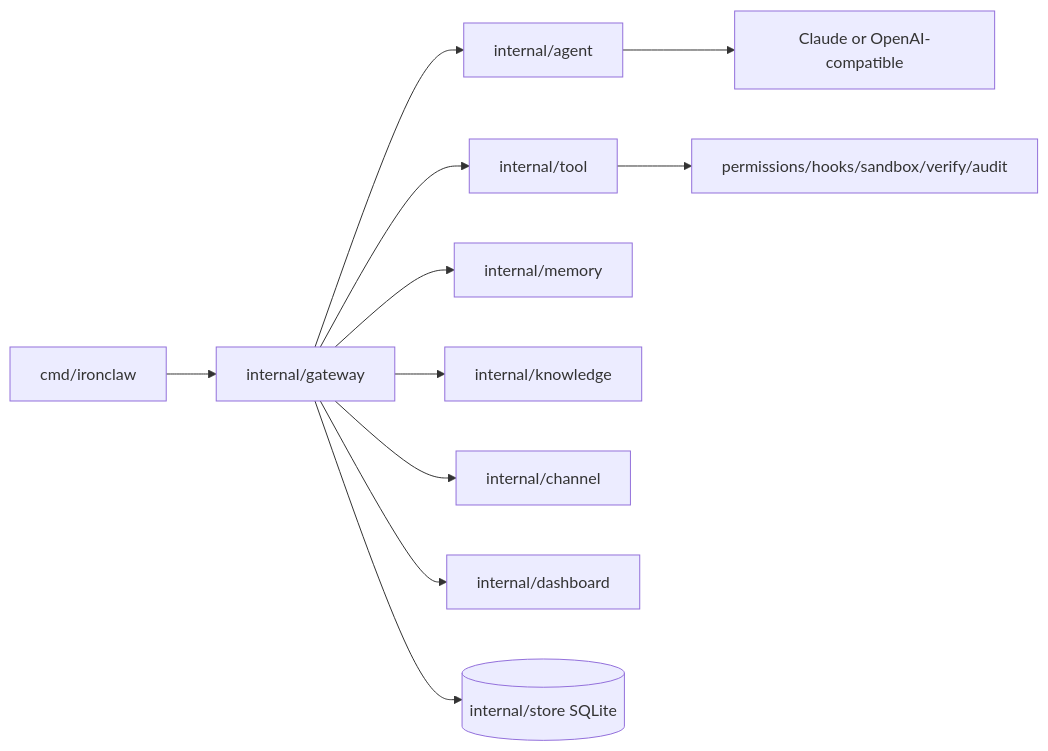
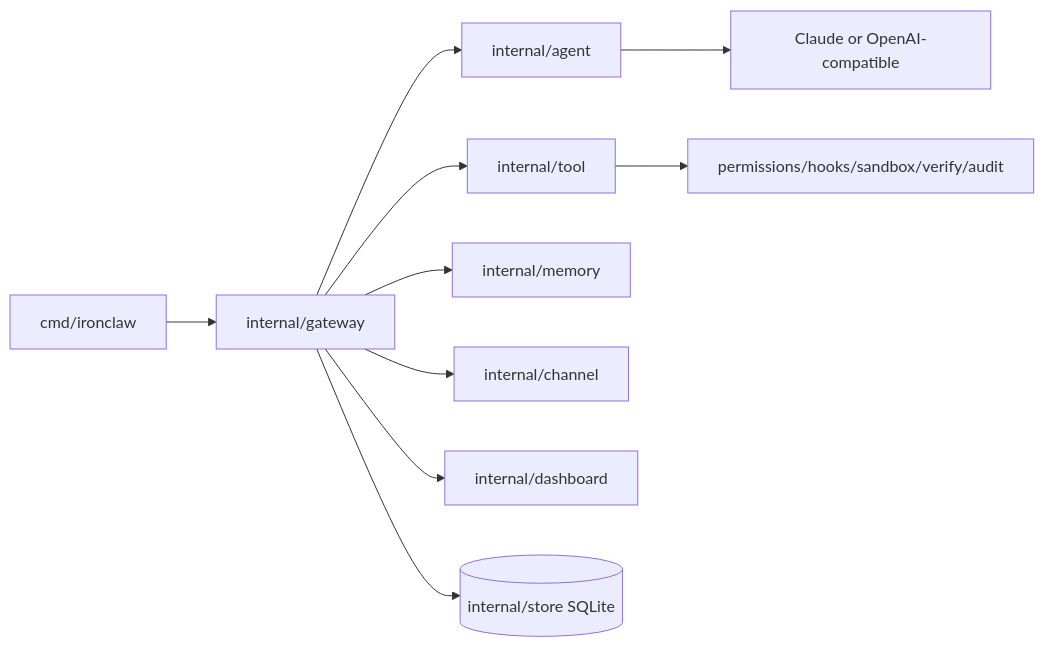
Before and after one commit to Forest-Isle/daimon: the diagram in docs/README.md, drawn with Mermaid. The commit also changed other lines of this file and 72 other files, not shown here.

First line of the commit message:
refactor: remove Knowledge Base and Knowledge Graph subsystems

````diff
--- a/docs/README.md
+++ b/docs/README.md
@@ -32,13 +32,12 @@
 ```mermaid
 flowchart LR
     CLI[cmd/ironclaw] --> Gateway[internal/gateway]
     Gateway --> Agent[internal/agent]
     Gateway --> Tools[internal/tool]
     Gateway --> Memory[internal/memory]
-    Gateway --> Knowledge[internal/knowledge]
     Gateway --> Channels[internal/channel]
     Gateway --> Dashboard[internal/dashboard]
     Gateway --> Store[(internal/store SQLite)]
     Agent --> Provider[Claude or OpenAI-compatible]
     Tools --> Sandbox[permissions/hooks/sandbox/verify/audit]
 ```
````
